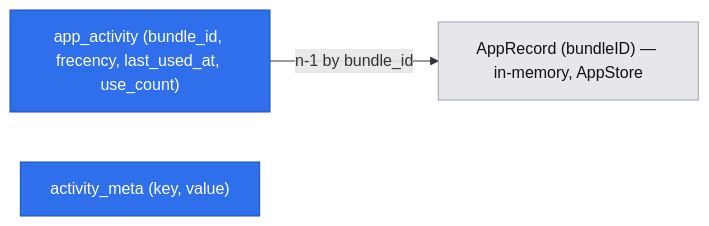
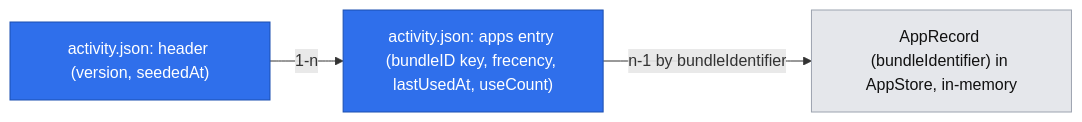
Before and after one commit to mjozefiak/Pounce: the second of 2 diagrams in .ai/specs/2026-11-01-app-suggestions.md, drawn with Mermaid. The commit also changed other lines of this file and 1 other file, not shown here.

First line of the commit message:
docs(spec): address review of app suggestions spec

````diff
--- a/.ai/specs/2026-11-01-app-suggestions.md
+++ b/.ai/specs/2026-11-01-app-suggestions.md
@@ -89,11 +121,12 @@
 ```mermaid
 flowchart LR
     classDef newEntity fill:#2f6feb,color:#fff,stroke:#1b4fb0
     classDef existingEntity fill:#e5e7eb,color:#111,stroke:#9ca3af
 
-    entity_1["app_activity (bundle_id, frecency, last_used_at, use_count)"]:::newEntity
-    entity_2["activity_meta (key, value)"]:::newEntity
-    entity_3["AppRecord (bundleID) — in-memory, AppStore"]:::existingEntity
+    entity_1["activity.json: apps entry (bundleID key, frecency, lastUsedAt, useCount)"]:::newEntity
+    entity_2["activity.json: header (version, seededAt)"]:::newEntity
+    entity_3["AppRecord (bundleIdentifier) in AppStore, in-memory"]:::existingEntity
 
-    entity_1 -->|n-1 by bundle_id| entity_3
+    entity_2 -->|1-n| entity_1
+    entity_1 -->|n-1 by bundleIdentifier| entity_3
 ```
````
